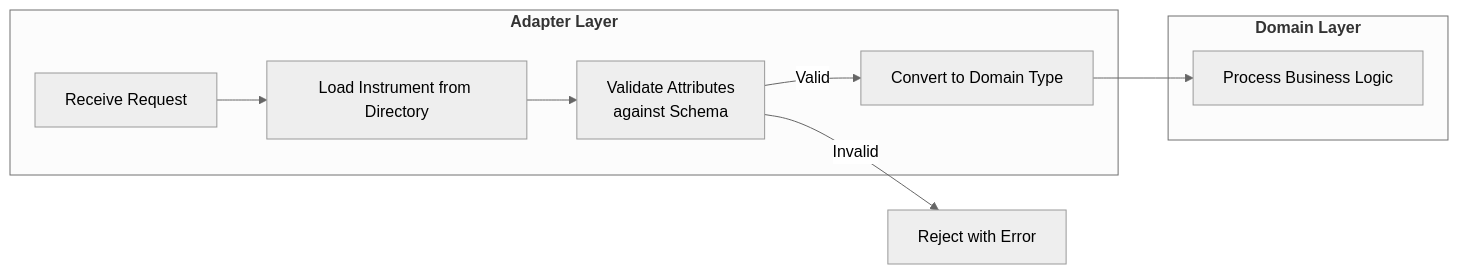
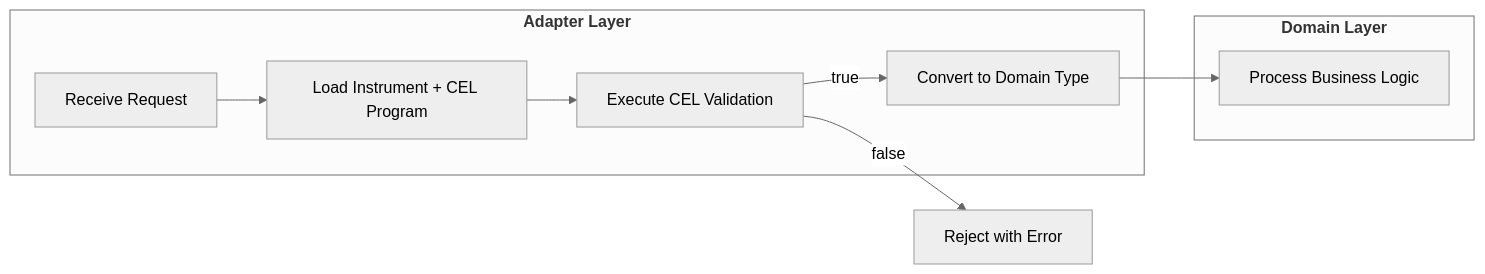
The first of 2 diagrams in docs/adr/0014-financial-instrument-reference-data.md (meridianhub/meridian), drawn with Mermaid (neutral theme) before and after one commit. The commit also changed other lines of this file and 2 other files, not shown here.

````diff
--- a/docs/adr/0014-financial-instrument-reference-data.md
+++ b/docs/adr/0014-financial-instrument-reference-data.md
@@ -216,19 +287,19 @@
 ```mermaid
 flowchart LR
     subgraph Adapter["<b>Adapter Layer</b>"]
         A1[Receive Request]
-        A2[Load Instrument from Directory]
-        A3[Validate Attributes<br/>against Schema]
+        A2[Load Instrument + CEL Program]
+        A3[Execute CEL Validation]
         A4[Convert to Domain Type]
     end
 
     subgraph Domain["<b>Domain Layer</b>"]
         D1[Process Business Logic]
     end
 
     A1 --> A2
     A2 --> A3
-    A3 -->|Valid| A4
-    A3 -->|Invalid| REJECT[Reject with Error]
+    A3 -->|true| A4
+    A3 -->|false| REJECT[Reject with Error]
     A4 --> D1
 ```
````
